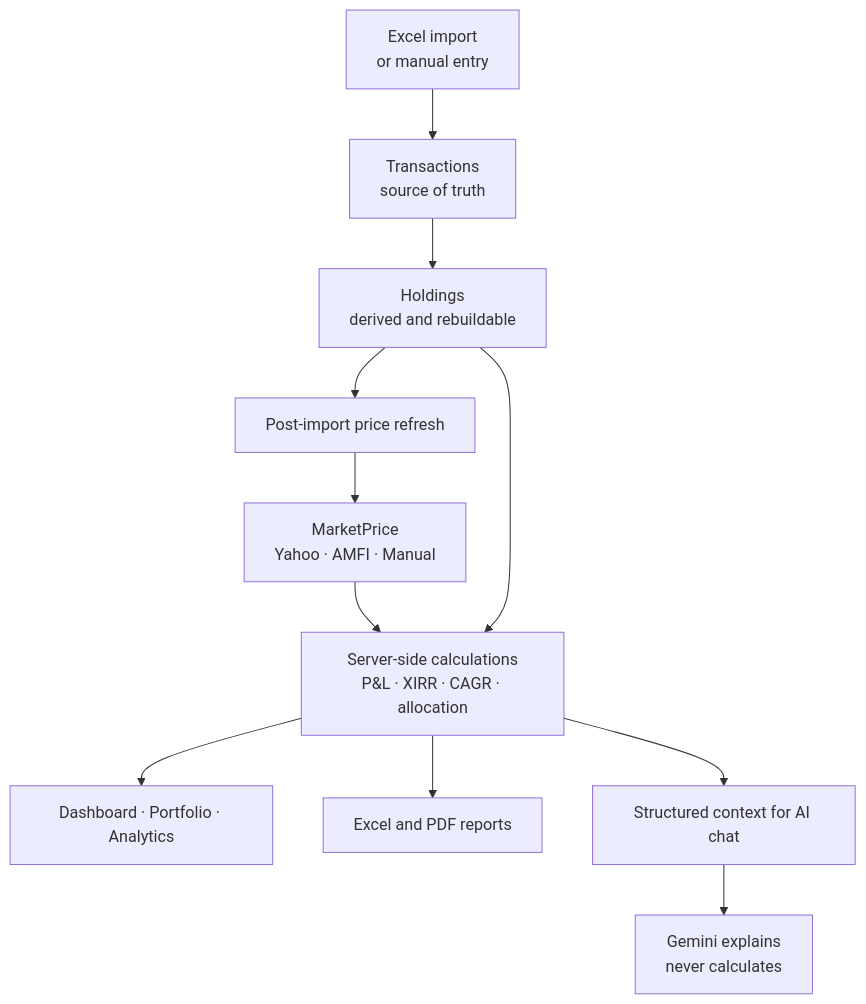
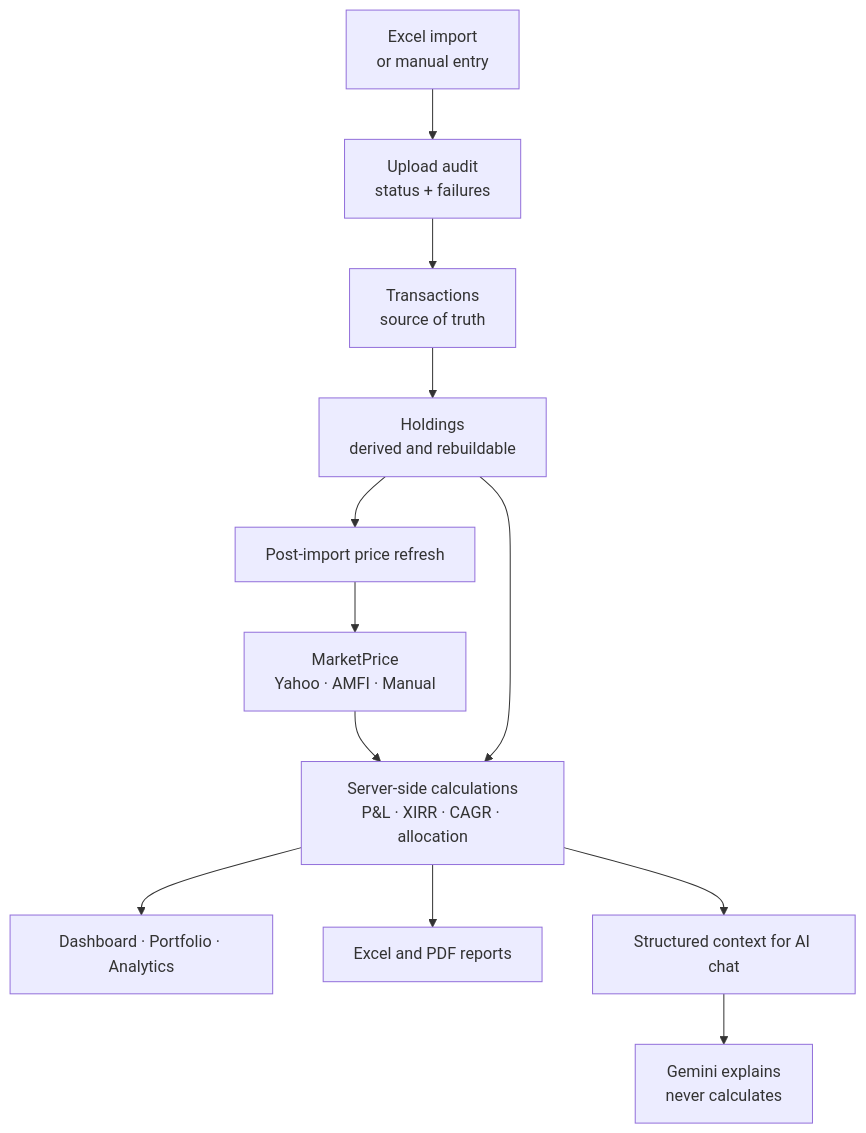
The second of 7 diagrams in README.md (avviiiral/Personal_Wealth_Monitoring_System), drawn with Mermaid before and after one commit. The commit also changed other lines of this file, not shown here.

````diff
--- a/README.md
+++ b/README.md
@@ -287,13 +324,14 @@
 ```mermaid
 flowchart TD
-    A["Excel import<br/>or manual entry"] --> B["Transactions<br/>source of truth"]
+    A["Excel import<br/>or manual entry"] --> U["Upload audit<br/>status + failures"]
+    U --> B["Transactions<br/>source of truth"]
     B --> C["Holdings<br/>derived and rebuildable"]
     C --> D["Post-import price refresh"]
     D --> E["MarketPrice<br/>Yahoo · AMFI · Manual"]
     E --> F["Server-side calculations<br/>P&L · XIRR · CAGR · allocation"]
     C --> F
     F --> G["Dashboard · Portfolio · Analytics"]
     F --> H["Excel and PDF reports"]
     F --> I["Structured context for AI chat"]
     I --> J["Gemini explains<br/>never calculates"]
 ```
````
